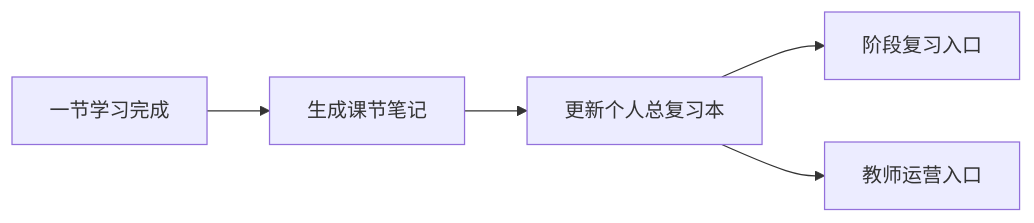
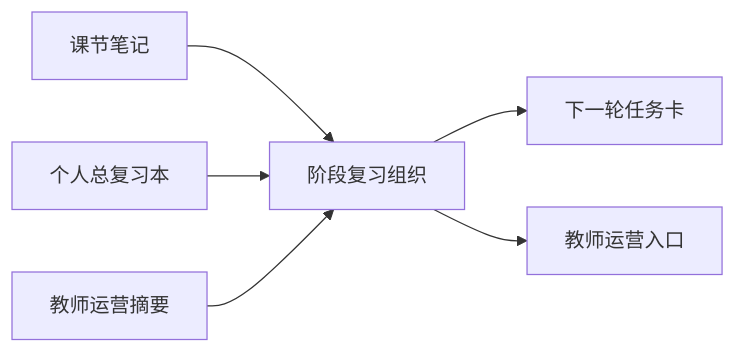
The second of 2 diagrams in doc/智能体文档/平台层/AI主导学习平台-学习生命周期与编排策略.md (chenqsq/doc-showcase), drawn with Mermaid before and after one commit. The commit also changed other lines of this file and 20 other files, not shown here.

````diff
--- a/doc/智能体文档/平台层/AI主导学习平台-学习生命周期与编排策略.md
+++ b/doc/智能体文档/平台层/AI主导学习平台-学习生命周期与编排策略.md
@@ -175,7 +95,8 @@
 ```mermaid
 flowchart LR
-    A["一节学习完成"] --> B["生成课节笔记"]
-    B --> C["更新个人总复习本"]
-    C --> D["阶段复习入口"]
-    C --> E["教师运营入口"]
+    A[课节笔记] --> D[阶段复习组织]
+    B[个人总复习本] --> D
+    C[教师运营摘要] --> D
+    D --> E[下一轮任务卡]
+    D --> F[教师运营入口]
 ```
````
